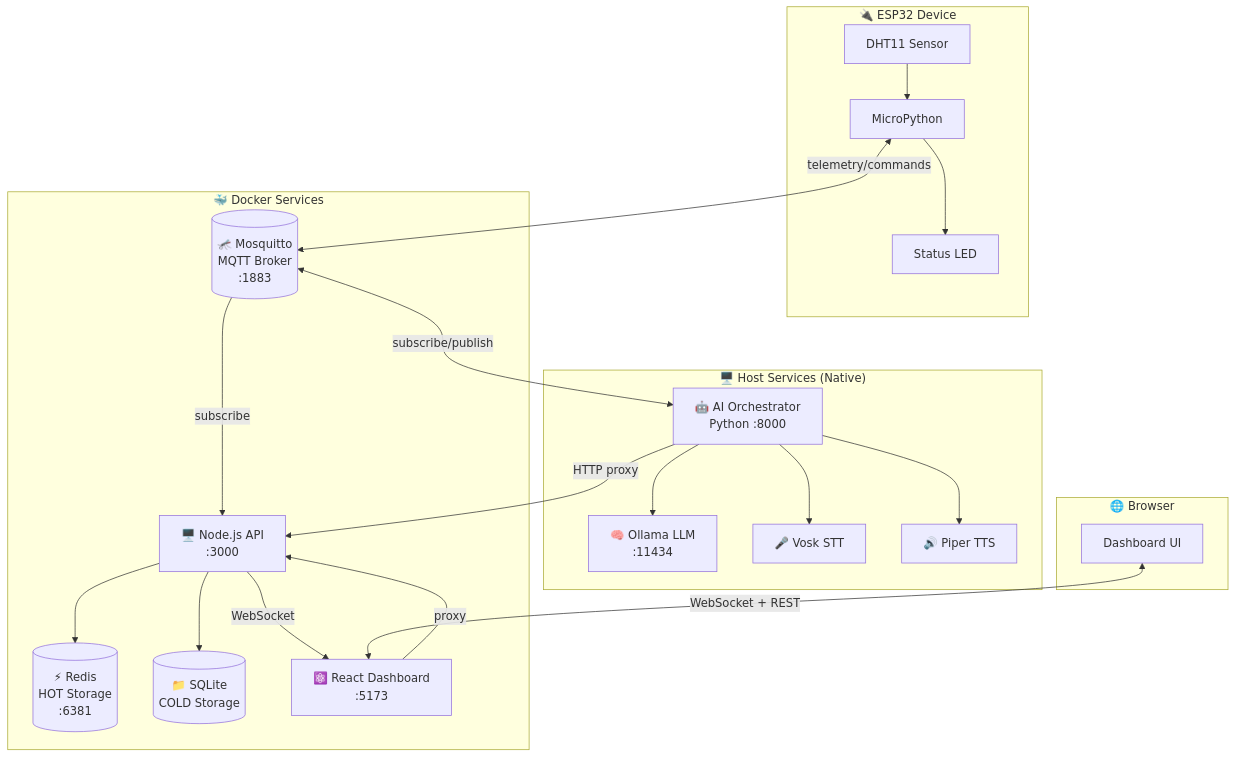
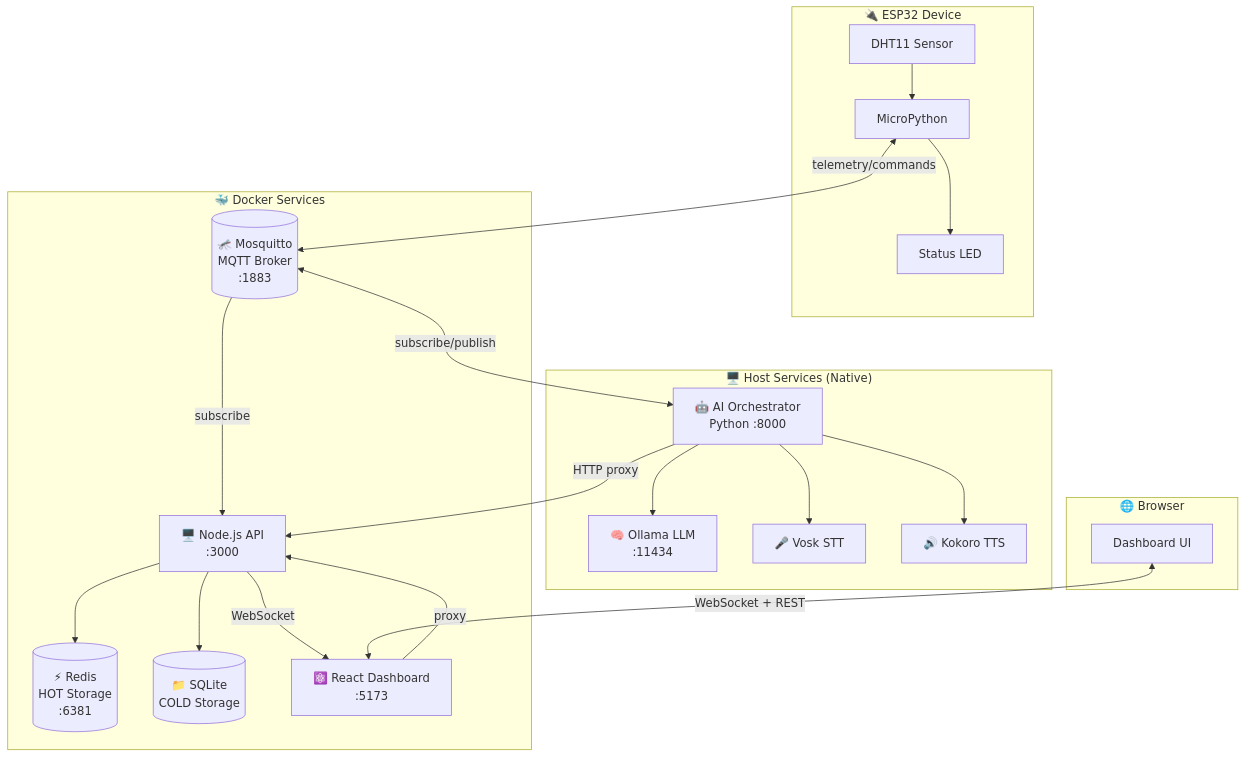
One commit to curtisblanchette/my-esp32-project changed the first of 8 diagrams in README.md. Above: the diagram before and after it, drawn with Mermaid. The commit also changed other lines of this file and 1 other file, not shown here.

````diff
--- a/README.md
+++ b/README.md
@@ -30,46 +30,46 @@
 ```mermaid
 flowchart TB
     subgraph Device["🔌 ESP32 Device"]
         DHT[DHT11 Sensor]
         LED[Status LED]
         MPY[MicroPython]
     end
 
     subgraph Docker["🐳 Docker Services"]
         MQTT[("🦟 Mosquitto<br/>MQTT Broker<br/>:1883")]
         Redis[("⚡ Redis<br/>HOT Storage<br/>:6381")]
         SQLite[("📁 SQLite<br/>COLD Storage")]
         API["🖥️ Node.js API<br/>:3000"]
         WEB["⚛️ React Dashboard<br/>:5173"]
     end
 
     subgraph Host["🖥️ Host Services (Native)"]
         AI["🤖 AI Orchestrator<br/>Python :8000"]
         Ollama["🧠 Ollama LLM<br/>:11434"]
         Vosk["🎤 Vosk STT"]
-        Piper["🔊 Piper TTS"]
+        Kokoro["🔊 Kokoro TTS"]
     end
 
     subgraph Browser["🌐 Browser"]
         Dashboard["Dashboard UI"]
     end
 
     DHT --> MPY
     MPY --> LED
     MPY <-->|telemetry/commands| MQTT
 
     MQTT -->|subscribe| API
     MQTT <-->|subscribe/publish| AI
 
     API --> Redis
     API --> SQLite
     API -->|WebSocket| WEB
 
     AI --> Ollama
     AI --> Vosk
-    AI --> Piper
+    AI --> Kokoro
     AI -->|HTTP proxy| API
 
     WEB -->|proxy| API
     Dashboard <-->|WebSocket + REST| WEB
 ```
````
